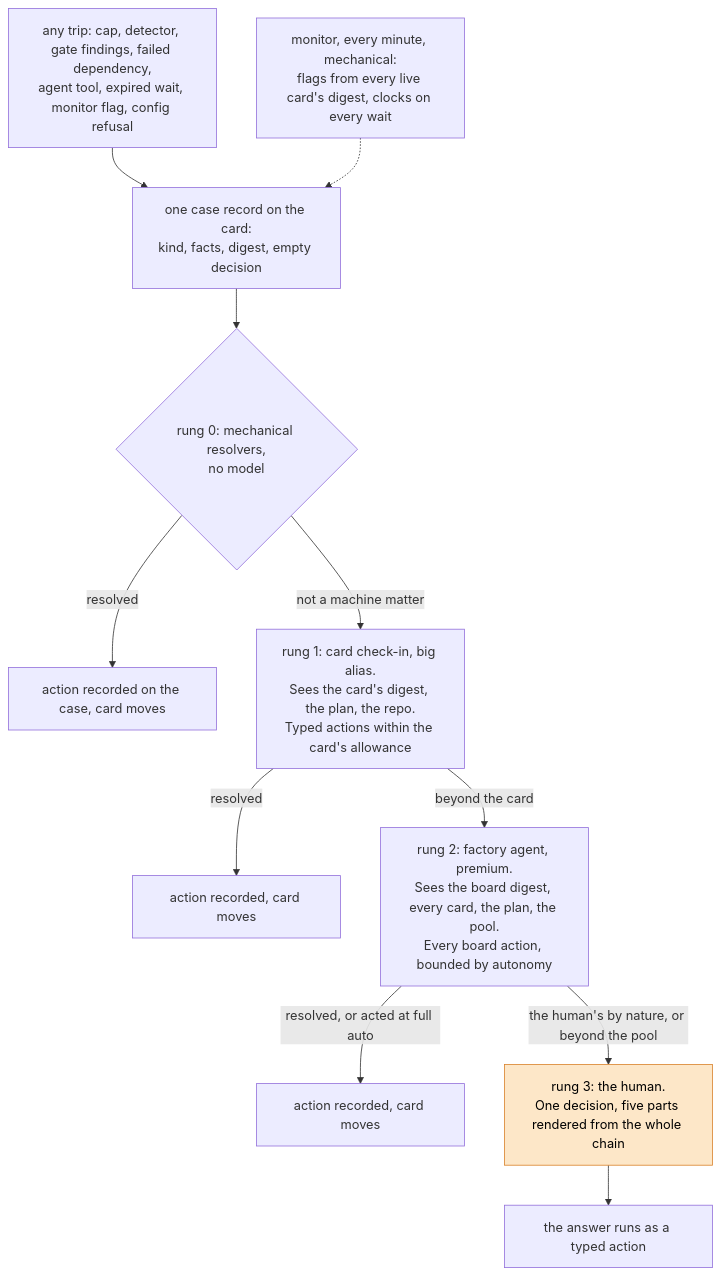
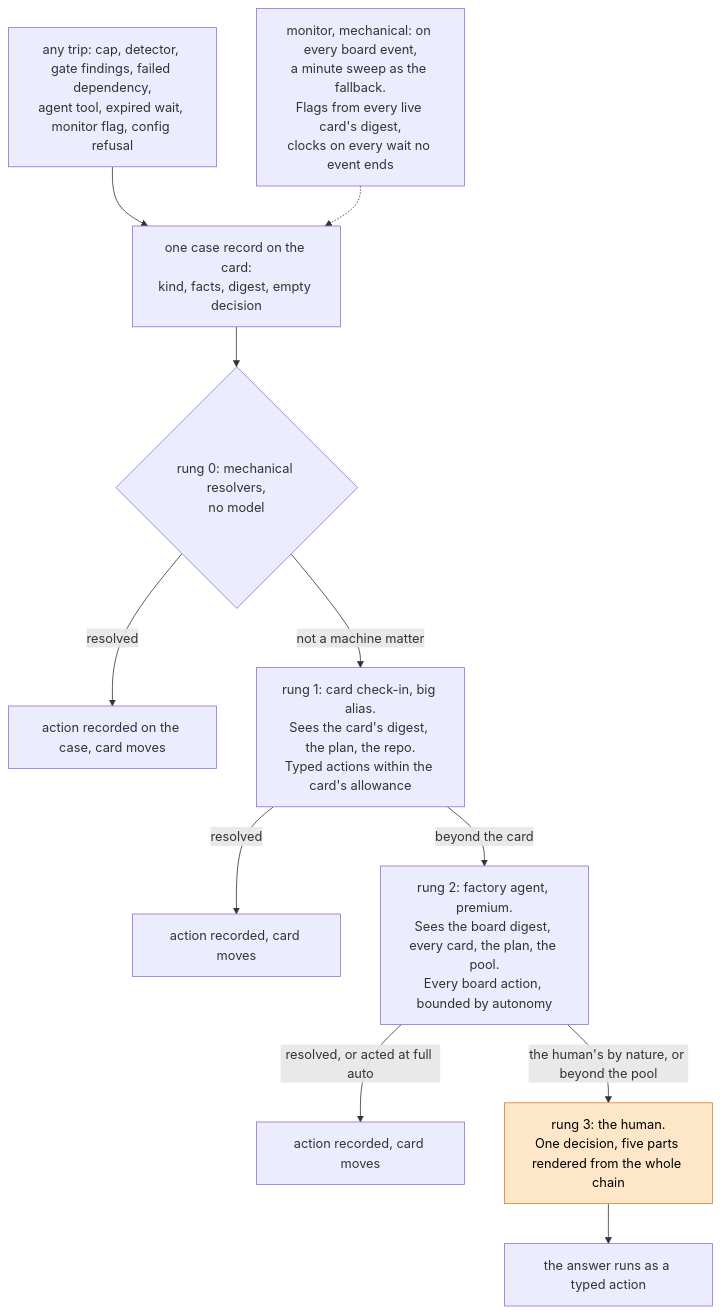
The diagram in docs/card-flow-redesign-2026-11-02.md (sebastianrueckerai/ai-software-factory), drawn with Mermaid before and after one commit. The commit also changed other lines of this file, not shown here.

Commit message:
design: the card flow redesign carries Sebastian's decisions of 2026-11-02: the pool, funding as a typed call beside any action, one decision per card, events before clocks, no human clocks for now, a rung may replace a card

````diff
--- a/docs/card-flow-redesign-2026-11-02.md
+++ b/docs/card-flow-redesign-2026-11-02.md
@@ -66,15 +67,15 @@
 ```mermaid
 flowchart TD
   trip["any trip: cap, detector, gate findings, failed dependency,<br/>agent tool, expired wait, monitor flag, config refusal"] --> case["one case record on the card:<br/>kind, facts, digest, empty decision"]
   case --> r0{"rung 0: mechanical resolvers,<br/>no model"}
   r0 -->|"resolved"| act0["action recorded on the case, card moves"]
   r0 -->|"not a machine matter"| r1["rung 1: card check-in, big alias.<br/>Sees the card's digest, the plan, the repo.<br/>Typed actions within the card's allowance"]
   r1 -->|"resolved"| act1["action recorded, card moves"]
   r1 -->|"beyond the card"| r2["rung 2: factory agent, premium.<br/>Sees the board digest, every card, the plan, the pool.<br/>Every board action, bounded by autonomy"]
   r2 -->|"resolved, or acted at full auto"| act2["action recorded, card moves"]
   r2 -->|"the human's by nature, or beyond the pool"| r3["rung 3: the human.<br/>One decision, five parts rendered from the whole chain"]
   r3 --> act3["the answer runs as a typed action"]
-  mon["monitor, every minute, mechanical:<br/>flags from every live card's digest, clocks on every wait"] -.-> case
+  mon["monitor, mechanical: on every board event,<br/>a minute sweep as the fallback.<br/>Flags from every live card's digest,<br/>clocks on every wait no event ends"] -.-> case
   classDef human fill:#fde7c8,stroke:#d9822b,color:#000
   class r3 human
 ```
````
